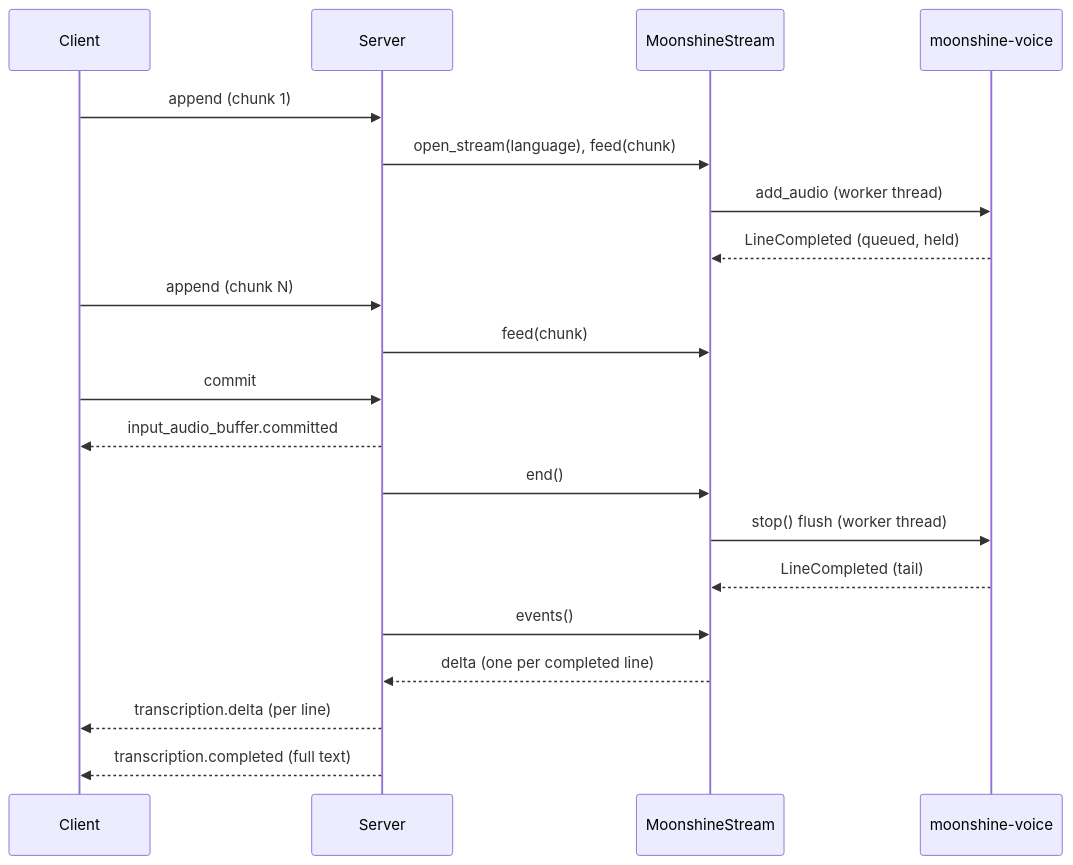
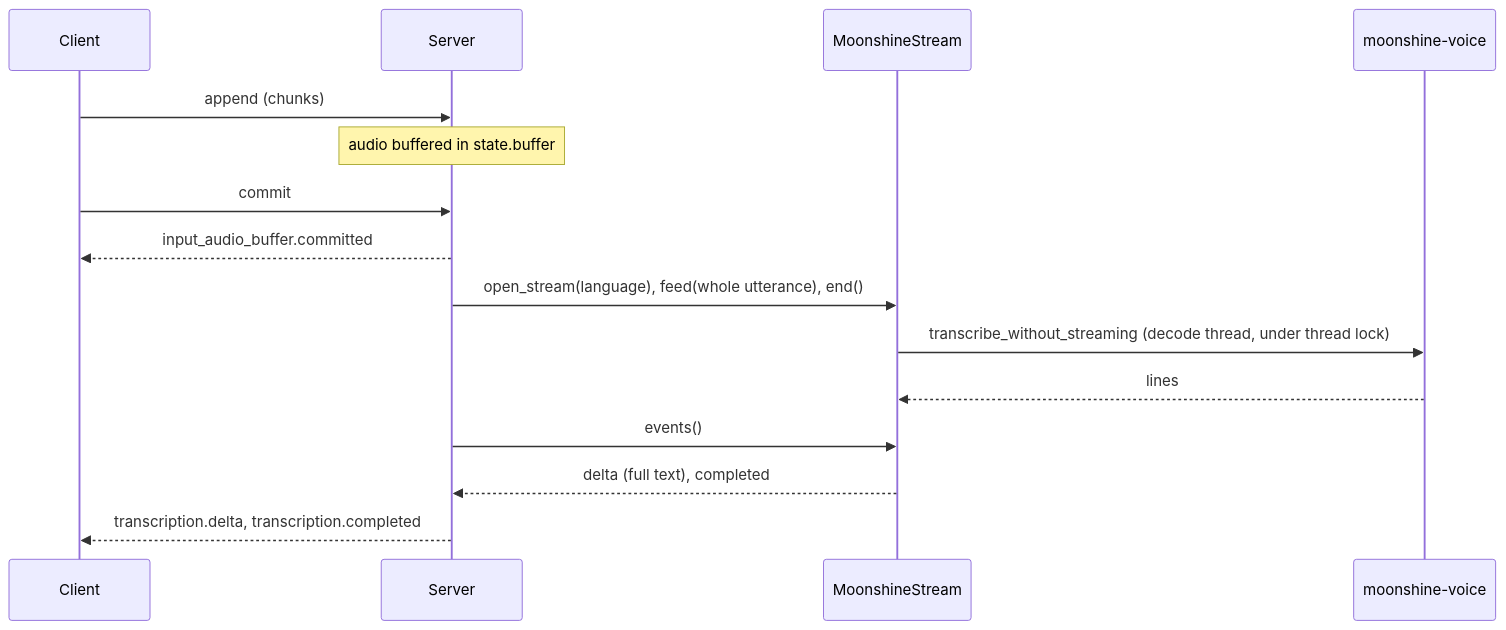
Before and after one commit to vr000m/pipecat-local-stt-server: the third of 3 diagrams in docs/dev_plans/20261114-feature-moonshine-backend.md, drawn with Mermaid. The commit also changed other lines of this file, not shown here.

````diff
--- a/docs/dev_plans/20261114-feature-moonshine-backend.md
+++ b/docs/dev_plans/20261114-feature-moonshine-backend.md
@@ -239,22 +217,17 @@
 ```mermaid
 sequenceDiagram
     participant C as Client
     participant S as Server
     participant B as MoonshineStream
     participant R as moonshine-voice
-    C->>S: append (chunk 1)
-    S->>B: open_stream(language), feed(chunk)
-    B->>R: add_audio (worker thread)
-    R-->>B: LineCompleted (queued, held)
-    C->>S: append (chunk N)
-    S->>B: feed(chunk)
+    C->>S: append (chunks)
+    Note over S: audio buffered in state.buffer
     C->>S: commit
     S-->>C: input_audio_buffer.committed
-    S->>B: end()
-    B->>R: stop() flush (worker thread)
-    R-->>B: LineCompleted (tail)
+    S->>B: open_stream(language), feed(whole utterance), end()
+    B->>R: transcribe_without_streaming (decode thread, under thread lock)
+    R-->>B: lines
     S->>B: events()
-    B-->>S: delta (one per completed line)
-    S-->>C: transcription.delta (per line)
-    S-->>C: transcription.completed (full text)
+    B-->>S: delta (full text), completed
+    S-->>C: transcription.delta, transcription.completed
 ```
````
